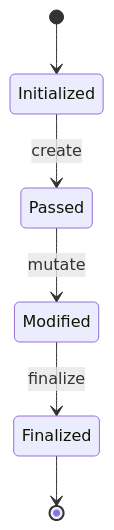
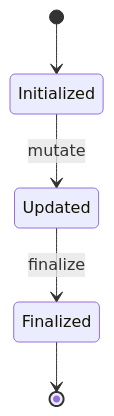
One commit to camercadop/agentic-workflow-automation-platform changed the third of 3 diagrams in docs/architecture/domain-model.md. Above: the diagram before and after it, drawn with Mermaid. The commit also changed other lines of this file and 5 other files, not shown here.

````diff
--- a/docs/architecture/domain-model.md
+++ b/docs/architecture/domain-model.md
@@ -85,8 +94,7 @@
 ```mermaid
 stateDiagram-v2
     [*] --> Initialized
-    Initialized --> Passed: create
-    Passed --> Modified: mutate
-    Modified --> Finalized: finalize
+    Initialized --> Updated: mutate
+    Updated --> Finalized: finalize
     Finalized --> [*]
 ```
````
